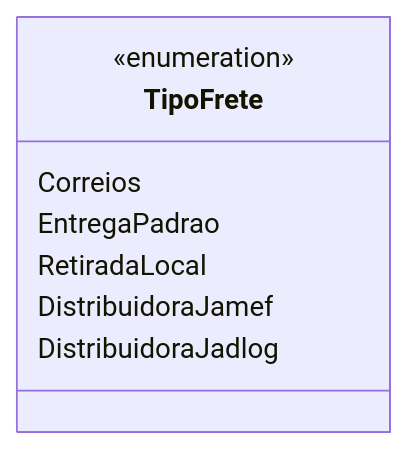
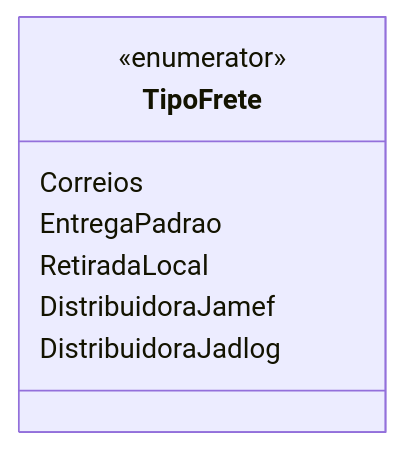
The diagram in docs/b2b-dominio/IsthmusWinthor.Nucleo/IsthmusWinthor.Dominio/Enumeradores/TipoFrete.md (IsthmusSistemas/documentacao-tecnica), drawn with Mermaid before and after one commit. The commit also changed other lines of this file and 882 other files, not shown here.

````diff
--- a/docs/b2b-dominio/IsthmusWinthor.Nucleo/IsthmusWinthor.Dominio/Enumeradores/TipoFrete.md
+++ b/docs/b2b-dominio/IsthmusWinthor.Nucleo/IsthmusWinthor.Dominio/Enumeradores/TipoFrete.md
@@ -14,11 +11,11 @@
 ```mermaid
 classDiagram
     class TipoFrete {
-        <<enumeration>>
+        <<enumerator>>
         Correios
         EntregaPadrao
         RetiradaLocal
         DistribuidoraJamef
         DistribuidoraJadlog
     }
-``` 
+```
````
